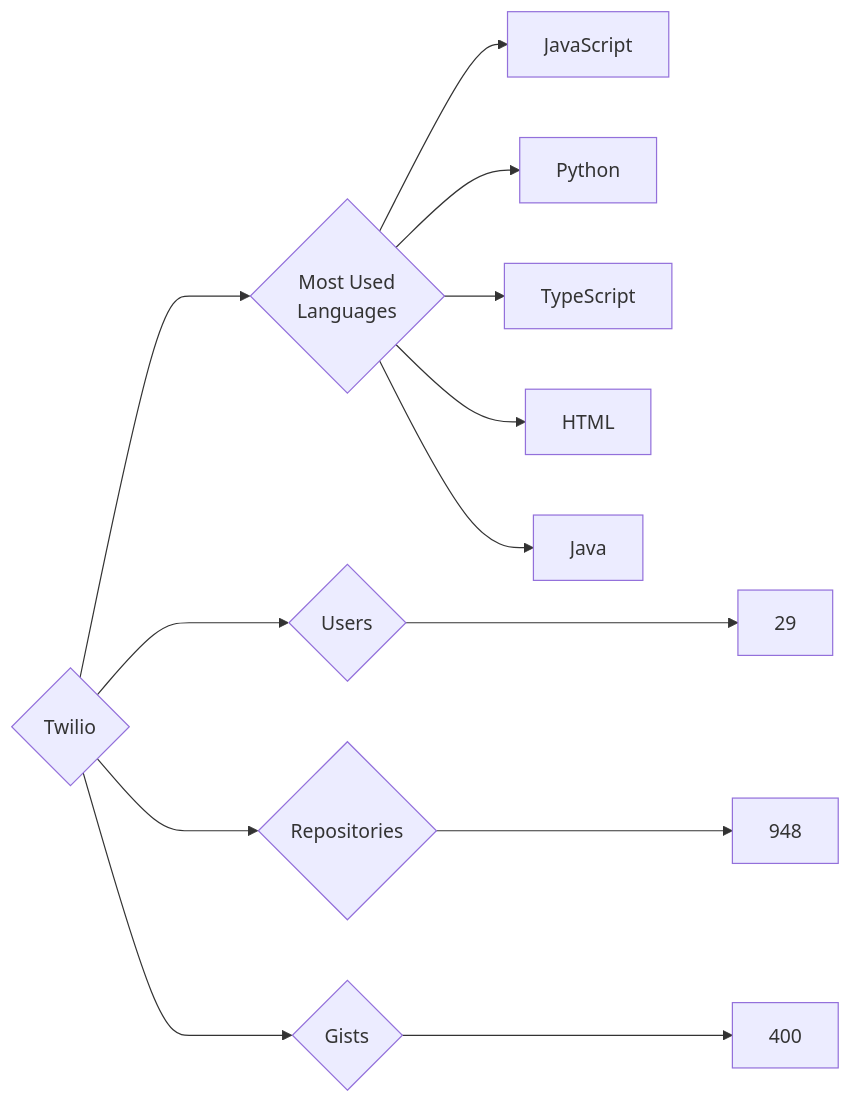
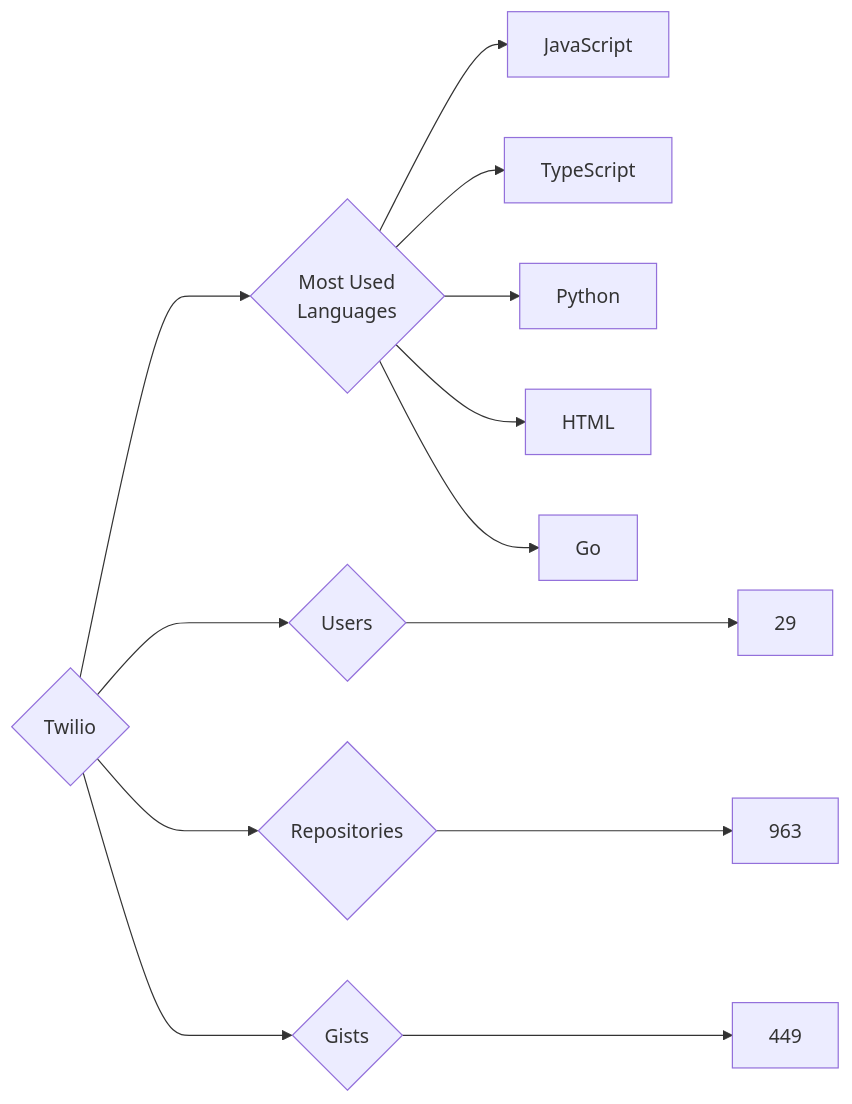
The diagram in targets/Twilio/README.md (trickest/insiders), drawn with Mermaid before and after one commit. The commit also changed 870 other files, not shown here.

````diff
--- a/targets/Twilio/README.md
+++ b/targets/Twilio/README.md
@@ -3,13 +3,13 @@
 ```mermaid
 graph LR
 COMPANY_NAME{Twilio}
 COMPANY_NAME ---> U{Users} ---> UN[29]
-COMPANY_NAME ---> R{Repositories} ---> RN[948]
-COMPANY_NAME ---> G{Gists} ---> GN[400]
+COMPANY_NAME ---> R{Repositories} ---> RN[963]
+COMPANY_NAME ---> G{Gists} ---> GN[449]
 COMPANY_NAME ---> ML{Most Used<br>Languages}
 ML --> JavaScript[JavaScript]
+ML --> TypeScript[TypeScript]
 ML --> Python[Python]
-ML --> TypeScript[TypeScript]
 ML --> HTML[HTML]
-ML --> Java[Java]
+ML --> Go[Go]
 ```
````
